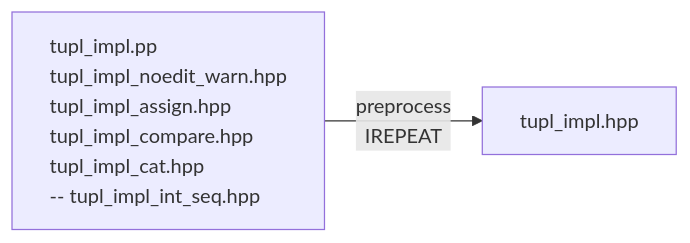
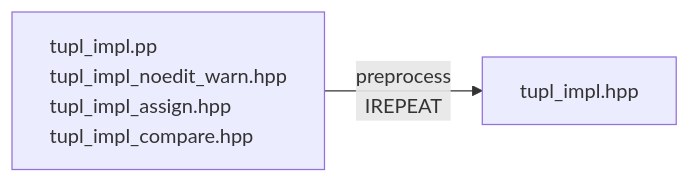
The second of 2 diagrams in readme.md (lemuriad/tupl), drawn with Mermaid before and after one commit. The commit also changed other lines of this file, not shown here.

````diff
--- a/readme.md
+++ b/readme.md
@@ -554,6 +669,6 @@
 ```mermaid
   flowchart LR
-    tupl_impl[tupl_impl.pp<br>tupl_impl_noedit_warn.hpp<br>tupl_impl_assign.hpp<br>tupl_impl_compare.hpp<br>tupl_impl_cat.hpp<br>-- tupl_impl_int_seq.hpp] -->|preprocess<br>IREPEAT| tupl_impl.hpp
+    tupl_impl[tupl_impl.pp<br>tupl_impl_noedit_warn.hpp<br>tupl_impl_assign.hpp<br>tupl_impl_compare.hpp] -->|preprocess<br>IREPEAT| tupl_impl.hpp
     style tupl_impl text-align:left
 
 ```
````
